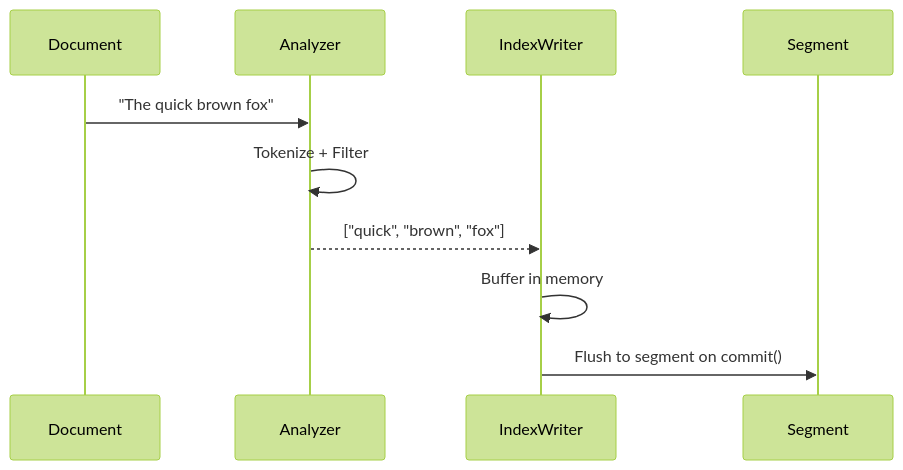
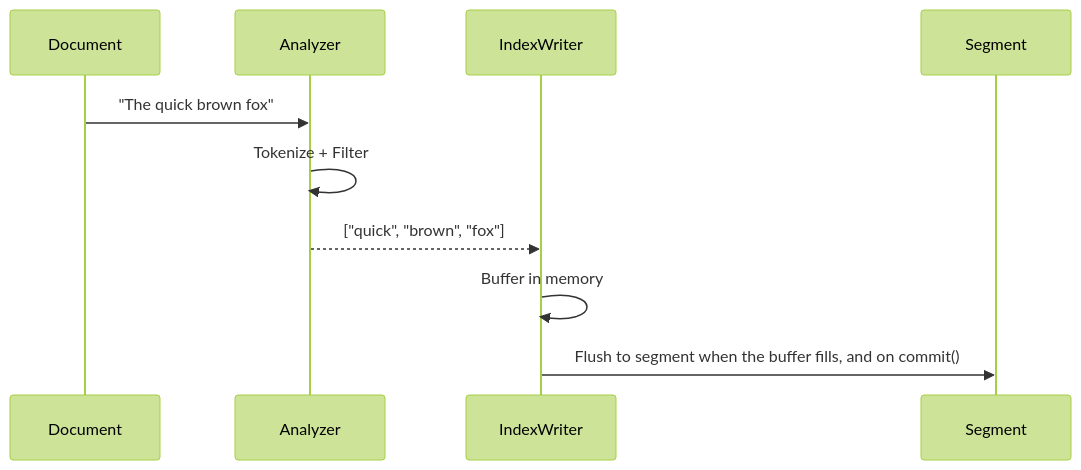
The first of 4 diagrams in docs/ja/src/concepts/indexing/lexical_indexing.md (mosuka/laurus), drawn with Mermaid (forest theme) before and after one commit. The commit also changed other lines of this file and 12 other files, not shown here.

````diff
--- a/docs/ja/src/concepts/indexing/lexical_indexing.md
+++ b/docs/ja/src/concepts/indexing/lexical_indexing.md
@@ -7,13 +7,13 @@
 ```mermaid
 sequenceDiagram
     participant Doc as Document
     participant Analyzer
     participant Writer as IndexWriter
     participant Seg as Segment
 
     Doc->>Analyzer: "The quick brown fox"
     Analyzer->>Analyzer: Tokenize + Filter
     Analyzer-->>Writer: ["quick", "brown", "fox"]
     Writer->>Writer: Buffer in memory
-    Writer->>Seg: Flush to segment on commit()
+    Writer->>Seg: Flush to segment when the buffer fills, and on commit()
 ```
````
